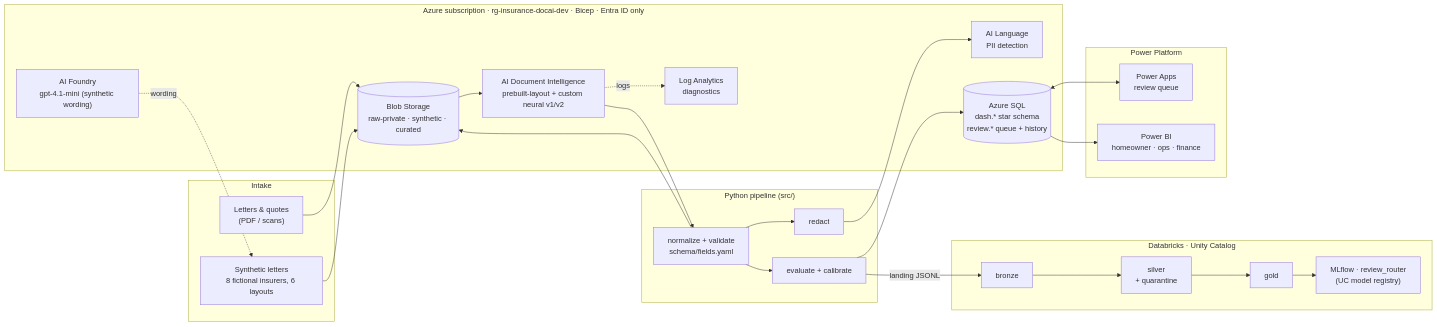
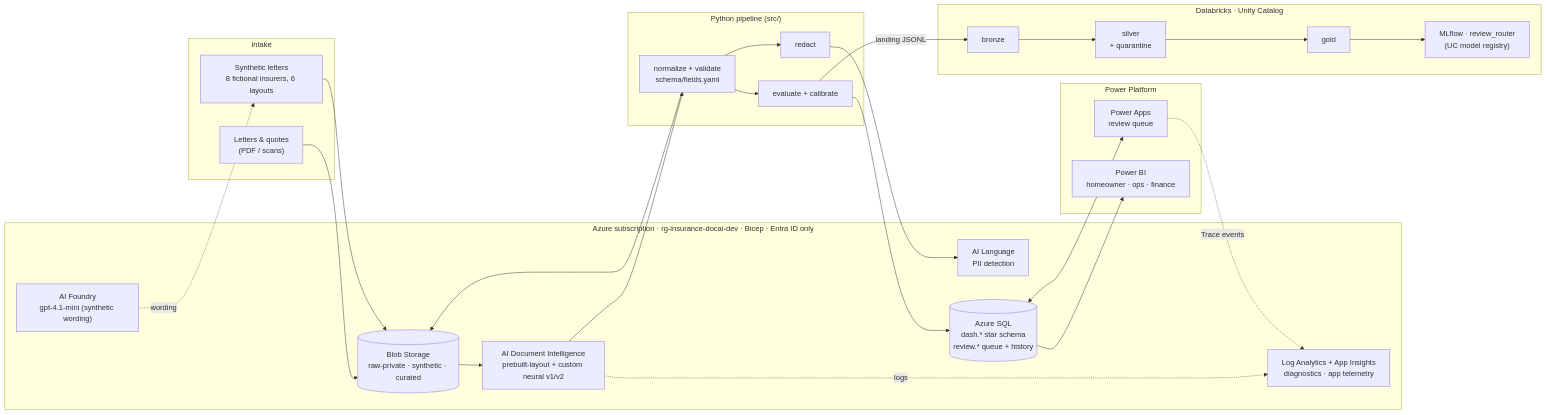
One commit to godot107/insurance-docai changed the first of 3 diagrams in README.md. Above: the diagram before and after it, drawn with Mermaid. The commit also changed other lines of this file and 36 other files, not shown here.

First line of the commit message:
Review app telemetry: Application Insights → Power BI 'Review app usage' page

````diff
--- a/README.md
+++ b/README.md
@@ -64,45 +65,46 @@
 ```mermaid
 flowchart LR
   subgraph In["Intake"]
     L["Letters & quotes<br/>(PDF / scans)"]
     S["Synthetic letters<br/>8 fictional insurers, 6 layouts"]
   end
 
   subgraph Az["Azure subscription · rg-insurance-docai-dev · Bicep · Entra ID only"]
     B[("Blob Storage<br/>raw-private · synthetic · curated")]
     DI["AI Document Intelligence<br/>prebuilt-layout + custom neural v1/v2"]
     LG["AI Language<br/>PII detection"]
     F["AI Foundry<br/>gpt-4.1-mini (synthetic wording)"]
     SQL[("Azure SQL<br/>dash.* star schema<br/>review.* queue + history")]
-    LA["Log Analytics<br/>diagnostics"]
+    LA["Log Analytics + App Insights<br/>diagnostics · app telemetry"]
   end
 
   subgraph Py["Python pipeline (src/)"]
     N["normalize + validate<br/>schema/fields.yaml"]
     E["evaluate + calibrate"]
     R["redact"]
   end
 
   subgraph DB["Databricks · Unity Catalog"]
     BR["bronze"] --> SV["silver<br/>+ quarantine"] --> GD["gold"]
     ML["MLflow · review_router<br/>(UC model registry)"]
   end
 
   subgraph PP["Power Platform"]
     PA["Power Apps<br/>review queue"]
     PBI["Power BI<br/>homeowner · ops · finance"]
   end
 
   L --> B
   S --> B
   F -. wording .-> S
   B --> DI --> N --> E
   N --> R --> LG
   N --> B
   E --> SQL
   E -- landing JSONL --> BR
   GD --> ML
   SQL <--> PA
   SQL --> PBI
   DI -. logs .-> LA
+  PA -. Trace events .-> LA
 ```
````
